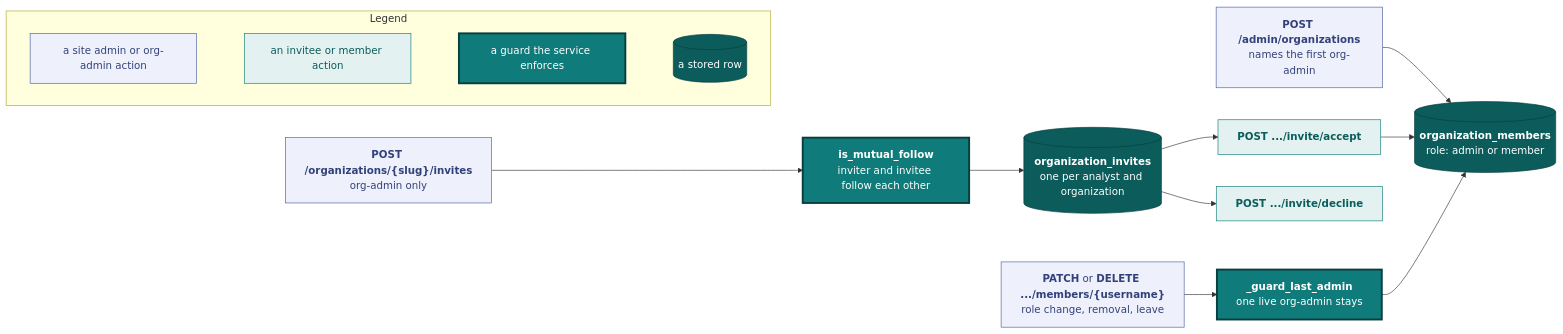
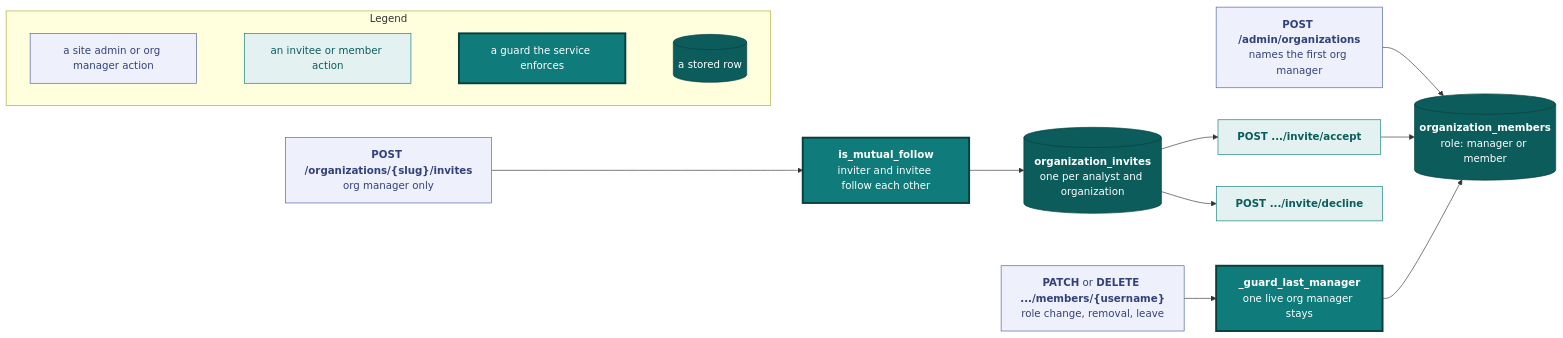
One commit to vidithq/vidit changed the eighth of 8 diagrams in docs/api.md. Above: the diagram before and after it, drawn with Mermaid. The commit also changed other lines of this file and 120 other files, not shown here.

````diff
--- a/docs/api.md
+++ b/docs/api.md
@@ -2653,39 +2688,39 @@
 ```mermaid
 flowchart LR
   classDef spec fill:#eef1fb,stroke:#4a5fa5,color:#33417a
   classDef shared fill:#e3f2f1,stroke:#0f7b7a,color:#0b5c5b
   classDef core fill:#0f7b7a,stroke:#083f3e,stroke-width:3px,color:#ffffff
   classDef store fill:#0b5c5b,stroke:#083f3e,color:#ffffff
 
   subgraph legend [Legend]
     direction LR
-    l1["`a site admin or org-admin action`"]:::spec
+    l1["`a site admin or org manager action`"]:::spec
     l2["`an invitee or member action`"]:::shared
     l3["`a guard the service enforces`"]:::core
     l4[("`a stored row`")]:::store
     l1 ~~~ l2 ~~~ l3 ~~~ l4
   end
 
   create["`**POST /admin/organizations**
-  names the first org-admin`"]:::spec
+  names the first org manager`"]:::spec
   invite["`**POST /organizations/{slug}/invites**
-  org-admin only`"]:::spec
+  org manager only`"]:::spec
   mutual["`**is_mutual_follow**
   inviter and invitee follow each other`"]:::core
   pending[("`**organization_invites**
   one per analyst and organization`")]:::store
   accept["`**POST .../invite/accept**`"]:::shared
   decline["`**POST .../invite/decline**`"]:::shared
   members[("`**organization_members**
-  role: admin or member`")]:::store
+  role: manager or member`")]:::store
   manage["`**PATCH** or **DELETE .../members/{username}**
   role change, removal, leave`"]:::spec
-  last["`**_guard_last_admin**
-  one live org-admin stays`"]:::core
+  last["`**_guard_last_manager**
+  one live org manager stays`"]:::core
 
   create --> members
   invite --> mutual --> pending
   pending --> accept --> members
   pending --> decline
   manage --> last --> members
 ```
````
